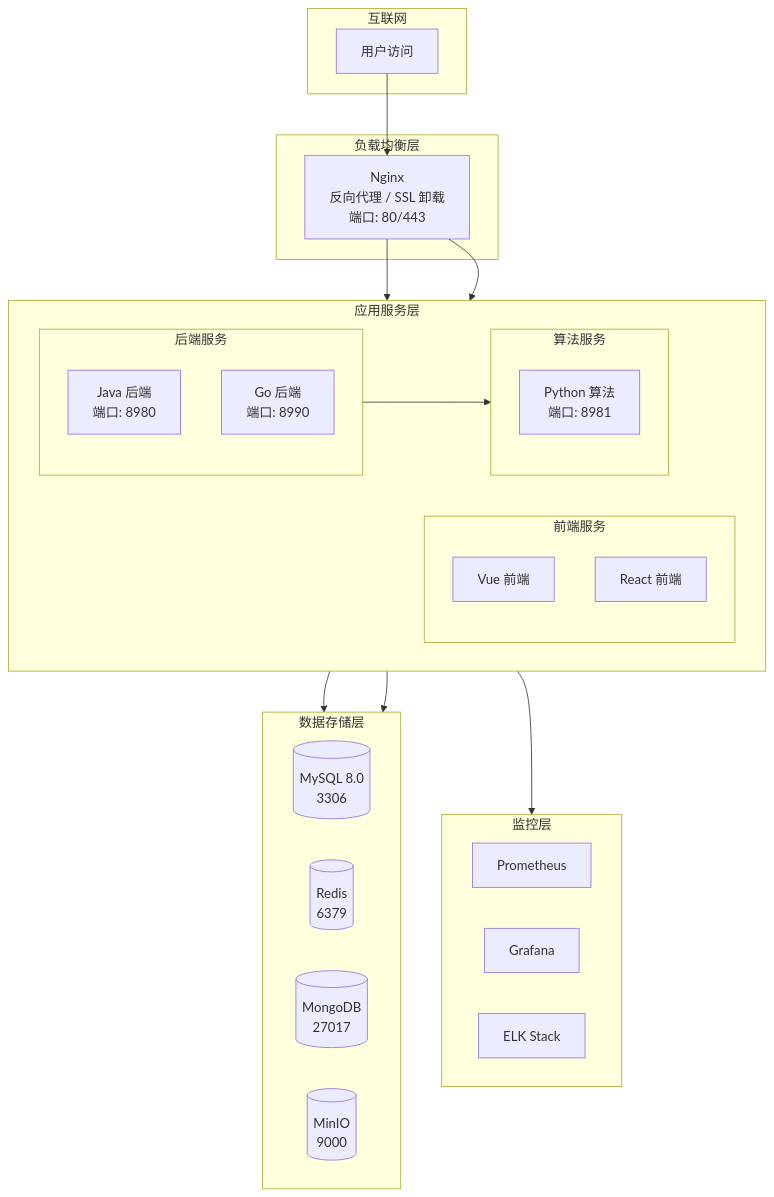
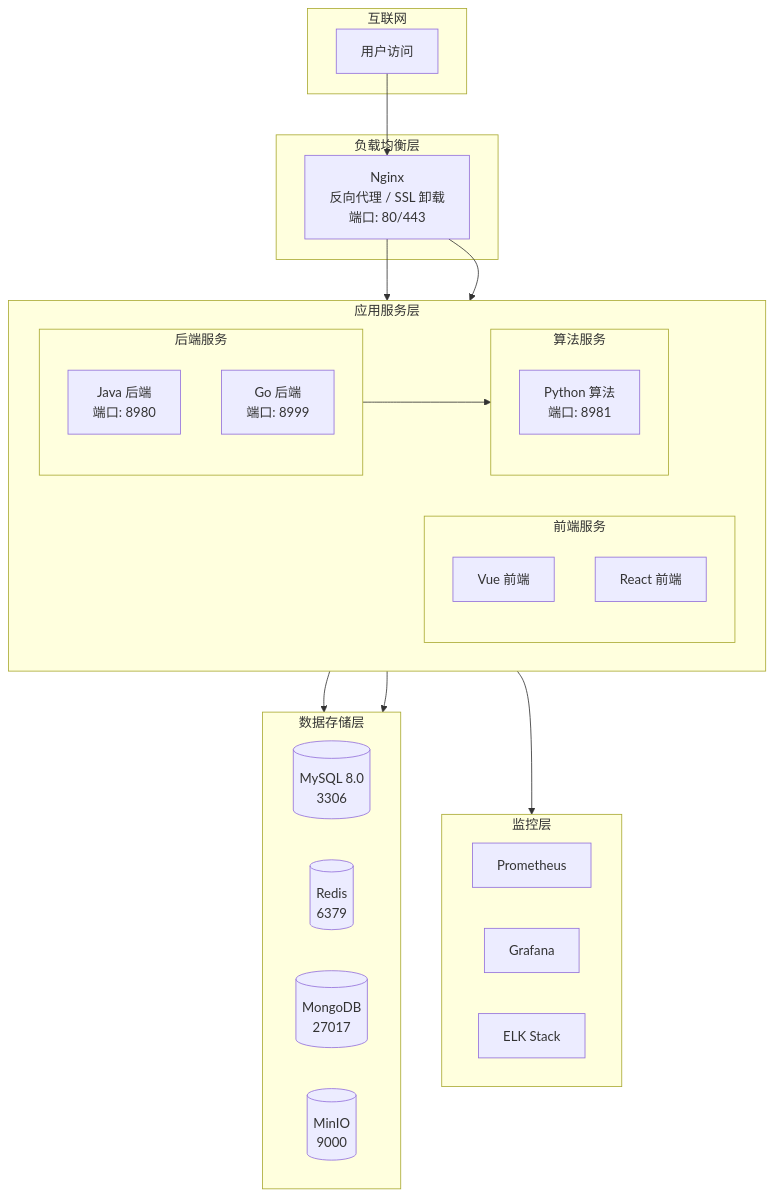
Before and after one commit to earthy-zinc/dehaze-system: the diagram in dehaze-doc/docs/02-系统架构/06-部署架构.md, drawn with Mermaid. The commit also changed other lines of this file and 19 other files, not shown here.

````diff
--- a/dehaze-doc/docs/02-系统架构/06-部署架构.md
+++ b/dehaze-doc/docs/02-系统架构/06-部署架构.md
@@ -19,48 +19,48 @@
 ```mermaid
 flowchart TB
     subgraph Internet["互联网"]
         Users["用户访问"]
     end
 
     subgraph LoadBalancer["负载均衡层"]
         Nginx["Nginx<br/>反向代理 / SSL 卸载<br/>端口: 80/443"]
     end
 
     subgraph AppLayer["应用服务层"]
         direction LR
         subgraph FrontendCluster["前端服务"]
             FrontVue["Vue 前端"]
             FrontReact["React 前端"]
         end
         subgraph BackendCluster["后端服务"]
             JavaApp["Java 后端<br/>端口: 8980"]
-            GoApp["Go 后端<br/>端口: 8990"]
+            GoApp["Go 后端<br/>端口: 8999"]
         end
         subgraph AlgoCluster["算法服务"]
             PythonApp["Python 算法<br/>端口: 8981"]
         end
     end
 
     subgraph DataLayer["数据存储层"]
         direction LR
         MySQL[("MySQL 8.0<br/>3306")]
         Redis[("Redis<br/>6379")]
         MongoDB[("MongoDB<br/>27017")]
         MinIO[("MinIO<br/>9000")]
     end
 
     subgraph MonitorLayer["监控层"]
         direction LR
         Prometheus["Prometheus"]
         Grafana["Grafana"]
         ELK["ELK Stack"]
     end
 
     Users --> Nginx
     Nginx --> FrontendCluster
     Nginx --> BackendCluster
     BackendCluster --> AlgoCluster
     BackendCluster --> DataLayer
     AlgoCluster --> DataLayer
     AppLayer --> MonitorLayer
 ```
````
